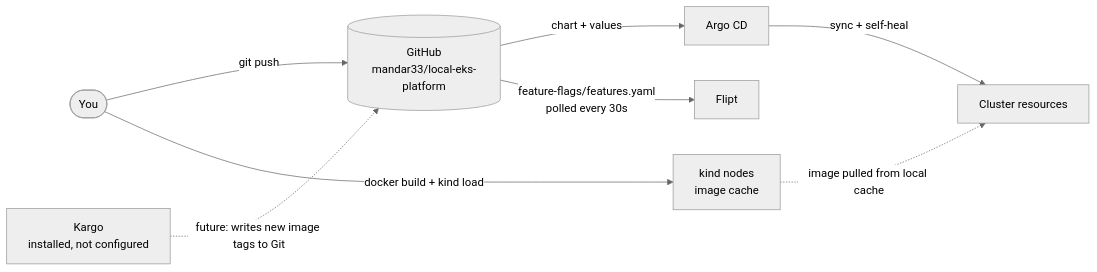
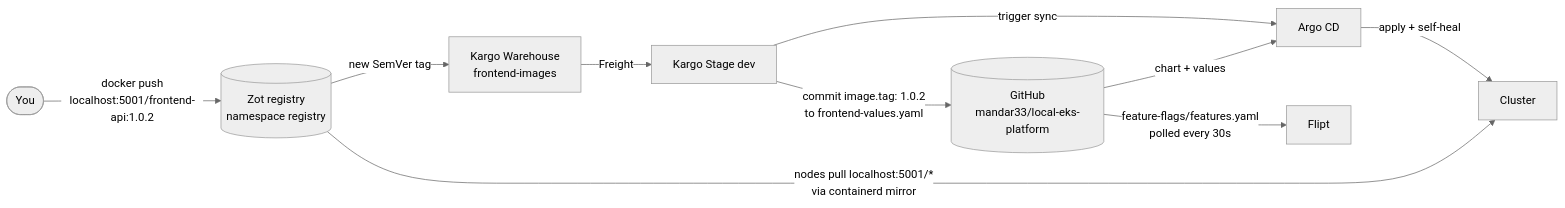
One commit to mandar33/local-eks-platform changed the second of 2 diagrams in README.md. Above: the diagram before and after it, drawn with Mermaid (neutral theme). The commit also changed other lines of this file and 1 other file, not shown here.

Commit message:
README: Zot, Kargo promotion, Helm/HPA/Vault/registry tests, Windows notes; validate Kargo token input

````diff
--- a/README.md
+++ b/README.md
@@ -52,10 +56,12 @@
 ```mermaid
 flowchart LR
-    dev([You]) -->|git push| gh[(GitHub<br/>mandar33/local-eks-platform)]
-    dev -->|docker build + kind load| nodes[kind nodes<br/>image cache]
-    gh -->|chart + values| argo[Argo CD]
-    gh -->|feature-flags/features.yaml<br/>polled every 30s| flipt[Flipt]
-    argo -->|sync + self-heal| k8s[Cluster resources]
-    nodes -.->|image pulled from local cache| k8s
-    kargo[Kargo<br/>installed, not configured] -.->|future: writes new image tags to Git| gh
+    dev([You]) -->|"docker push<br/>localhost:5001/frontend-api:1.0.2"| zot[(Zot registry<br/>namespace registry)]
+    zot -->|new SemVer tag| wh[Kargo Warehouse<br/>frontend-images]
+    wh -->|Freight| stage[Kargo Stage dev]
+    stage -->|"commit image.tag: 1.0.2<br/>to frontend-values.yaml"| gh[(GitHub<br/>mandar33/local-eks-platform)]
+    stage -->|trigger sync| argo[Argo CD]
+    gh -->|chart + values| argo
+    gh -->|"feature-flags/features.yaml<br/>polled every 30s"| flipt[Flipt]
+    argo -->|apply + self-heal| k8s[Cluster]
+    zot -->|"nodes pull localhost:5001/*<br/>via containerd mirror"| k8s
 ```
````
